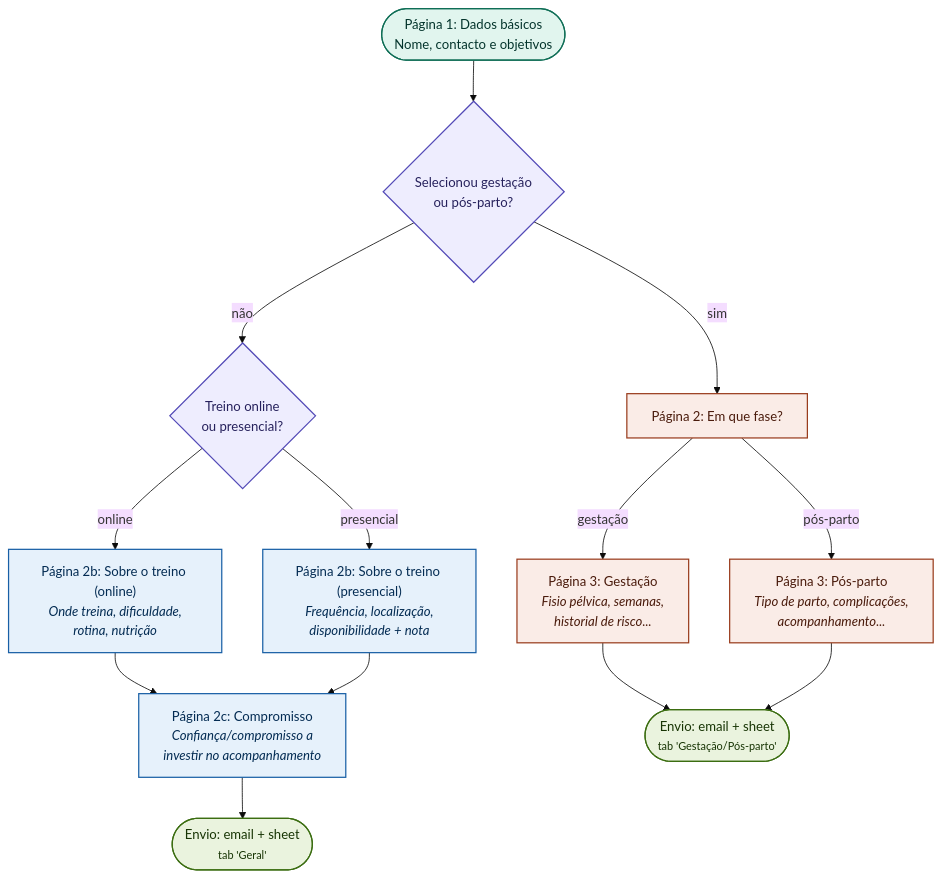
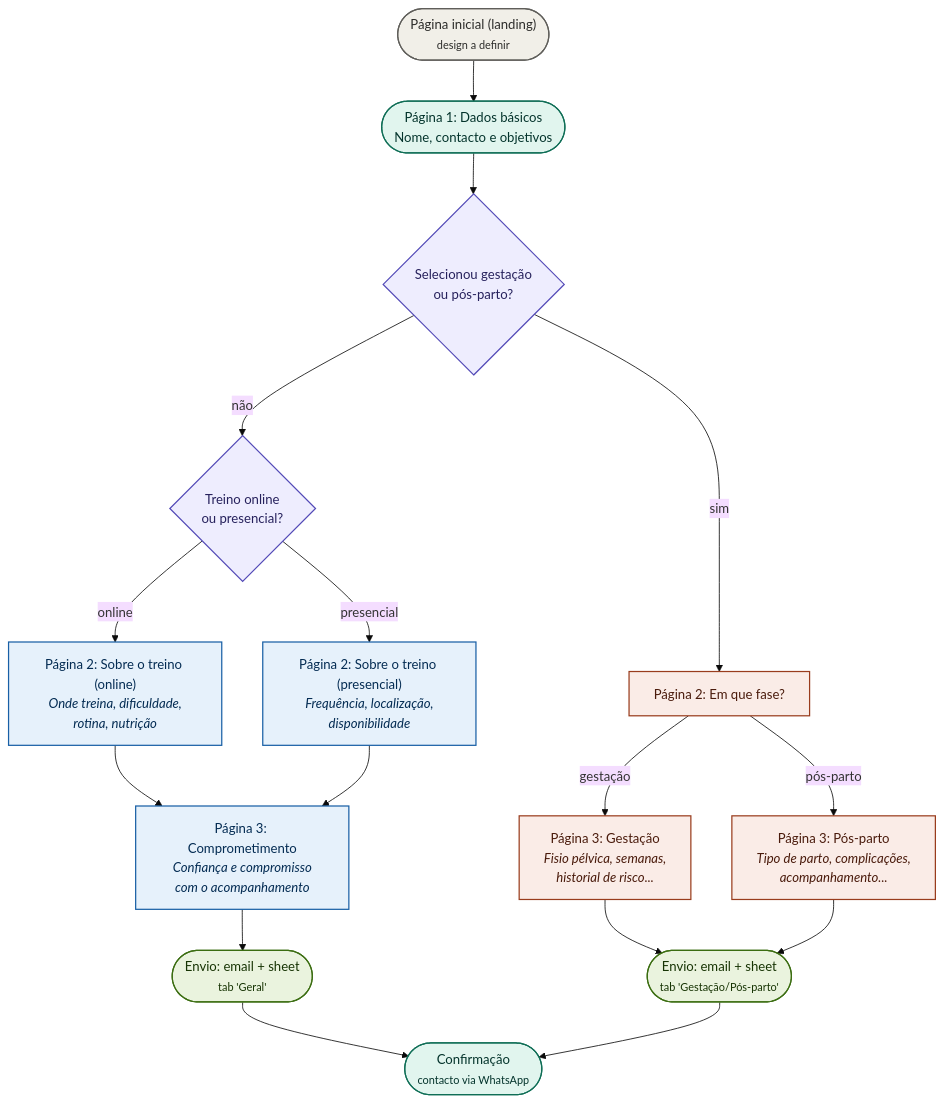
One commit to C2M2-Mobile-Minds/ignite-individual-coaching-web changed the first of 3 diagrams in README.md. Above: the diagram before and after it, drawn with Mermaid (base theme). The commit also changed other lines of this file, not shown here.

````diff
--- a/README.md
+++ b/README.md
@@ -73,32 +73,37 @@
 ```mermaid
 flowchart TD
-    A(["Página 1: Dados básicos<br/>Nome, contacto e objetivos"]) --> B{"Selecionou gestação<br/>ou pós-parto?"}
+    L(["Página inicial (landing)<br/><small>design a definir</small>"]) --> A(["Página 1: Dados básicos<br/>Nome, contacto e objetivos"])
+    A --> B{"Selecionou gestação<br/>ou pós-parto?"}
 
     B -- não --> M{"Treino online<br/>ou presencial?"}
+    M -- online --> C1["Página 2: Sobre o treino (online)<br/><i>Onde treina, dificuldade,<br/>rotina, nutrição</i>"]
+    M -- presencial --> C2["Página 2: Sobre o treino (presencial)<br/><i>Frequência, localização,<br/>disponibilidade</i>"]
+    C1 --> C3["Página 3: Comprometimento<br/><i>Confiança e compromisso<br/>com o acompanhamento</i>"]
+    C2 --> C3
     B -- sim --> D["Página 2: Em que fase?"]
-
-    M -- online --> C["Página 2b: Sobre o treino (online)<br/><i>Onde treina, dificuldade,<br/>rotina, nutrição</i>"]
-    M -- presencial --> CP["Página 2b: Sobre o treino (presencial)<br/><i>Frequência, localização,<br/>disponibilidade + nota</i>"]
-
-    C --> C2["Página 2c: Compromisso<br/><i>Confiança/compromisso a<br/>investir no acompanhamento</i>"]
-    CP --> C2
 
     D -- gestação --> F["Página 3: Gestação<br/><i>Fisio pélvica, semanas,<br/>historial de risco...</i>"]
     D -- pós-parto --> G["Página 3: Pós-parto<br/><i>Tipo de parto, complicações,<br/>acompanhamento...</i>"]
 
-    C2 --> E(["Envio: email + sheet<br/><small>tab 'Geral'</small>"])
+    C3 --> E(["Envio: email + sheet<br/><small>tab 'Geral'</small>"])
     F --> H(["Envio: email + sheet<br/><small>tab 'Gestação/Pós-parto'</small>"])
     G --> H
 
+    E --> K(["Confirmação<br/><small>contacto via WhatsApp</small>"])
+    H --> K
+
+    classDef landing fill:#F1EFE8,stroke:#5F5E5A,stroke-width:1.5px,color:#2C2C2A
     classDef start fill:#E1F5EE,stroke:#0F6E56,stroke-width:1.5px,color:#04342C
     classDef decision fill:#EEEDFE,stroke:#534AB7,stroke-width:1.5px,color:#26215C
     classDef general fill:#E6F1FB,stroke:#185FA5,stroke-width:1.5px,color:#042C53
     classDef pregnancy fill:#FAECE7,stroke:#993C1D,stroke-width:1.5px,color:#4A1B0C
     classDef finish fill:#EAF3DE,stroke:#3B6D11,stroke-width:1.5px,color:#173404
 
+    class L landing
     class A start
     class B,M decision
-    class C,CP,C2 general
+    class C1,C2,C3 general
     class D,F,G pregnancy
     class E,H finish
+    class K start
 ```
````
